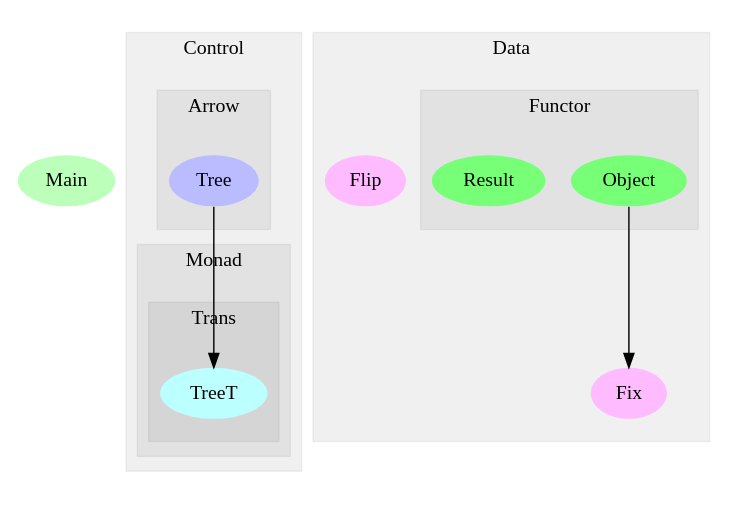
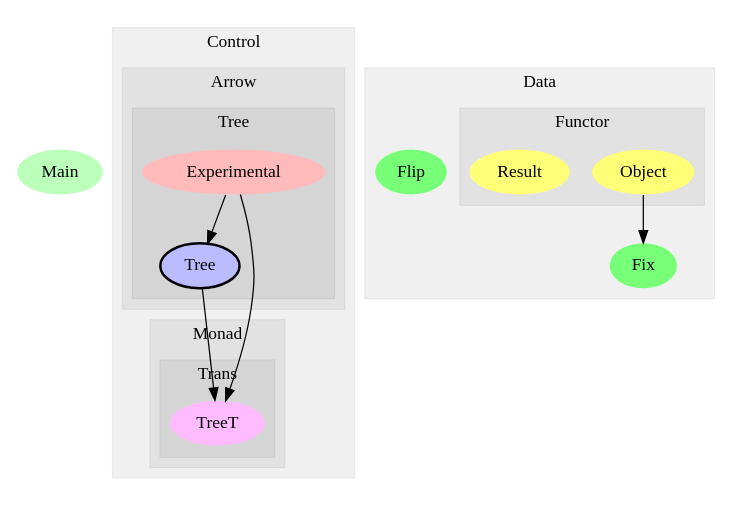
Before and after one commit to michaeljklein/flock-pieces-treet: the diagram in dependency_graph.dot, drawn with Graphviz. The commit also changed 24 other files, not shown here.

Commit message:
updated docs and deps. graph

```diff
--- a/dependency_graph.dot
+++ b/dependency_graph.dot
@@ -1,50 +1,59 @@
 digraph G {
 size="6,4";
 ratio="fill";
-u6[label="Main",style="filled",fillcolor="#bbffbb",penwidth="0"];
+u7[label="Main",style="filled",fillcolor="#bbffbb",penwidth="0"];
 subgraph cluster_0 {
 label="Control";
 color="#0000000F";
 style="filled";
 subgraph cluster_1 {
 label="Arrow";
 color="#0000000F";
 style="filled";
-u1[label="Tree",style="filled",fillcolor="#bbbbff",penwidth="0"];
+subgraph cluster_2 {
+label="Tree";
+color="#0000000F";
+style="filled";
+u1[label="Tree",style="filled,bold",fillcolor="#bbbbff"];
+u2[label="Experimental",style="filled",fillcolor="#ffbbbb",penwidth="0"];
 
 }
-subgraph cluster_2 {
+
+}
+subgraph cluster_3 {
 label="Monad";
 color="#0000000F";
 style="filled";
-subgraph cluster_3 {
+subgraph cluster_4 {
 label="Trans";
 color="#0000000F";
 style="filled";
-u0[label="TreeT",style="filled",fillcolor="#bbffff",penwidth="0"];
+u0[label="TreeT",style="filled",fillcolor="#ffbbff",penwidth="0"];
 
 }
 
 }
 
 }
-subgraph cluster_4 {
+subgraph cluster_5 {
 label="Data";
 color="#0000000F";
 style="filled";
-u2[label="Fix",style="filled",fillcolor="#ffbbff",penwidth="0"];
-u3[label="Flip",style="filled",fillcolor="#ffbbff",penwidth="0"];
-subgraph cluster_5 {
+u3[label="Fix",style="filled",fillcolor="#77ff77",penwidth="0"];
+u4[label="Flip",style="filled",fillcolor="#77ff77",penwidth="0"];
+subgraph cluster_6 {
 label="Functor";
 color="#0000000F";
 style="filled";
-u4[label="Object",style="filled",fillcolor="#77ff77",penwidth="0"];
-u5[label="Result",style="filled",fillcolor="#77ff77",penwidth="0"];
+u5[label="Object",style="filled",fillcolor="#ffff77",penwidth="0"];
+u6[label="Result",style="filled",fillcolor="#ffff77",penwidth="0"];
 
 }
 
 }
 u1 -> u0;
-u4 -> u2;
+u2 -> u0;
+u2 -> u1;
+u5 -> u3;
 
 }
```
